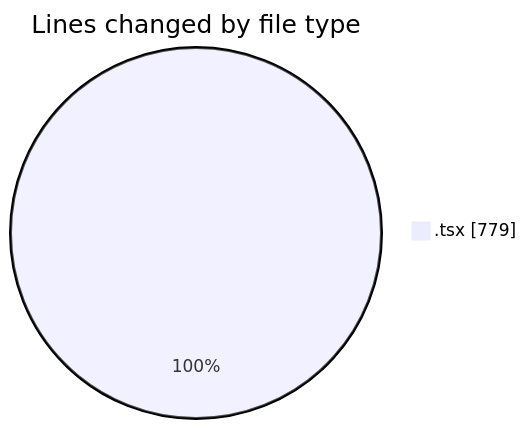
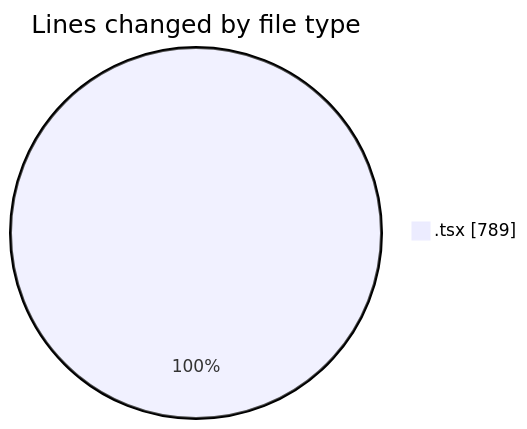
The first of 2 diagrams in 2025-09-15/cda/README.md (momahboobian/code-tracking), drawn with Mermaid before and after one commit. The commit also changed other lines of this file and 1 other file, not shown here.

````diff
--- a/2025-09-15/cda/README.md
+++ b/2025-09-15/cda/README.md
@@ -21,5 +21,5 @@
 ```mermaid
 pie showData
 title Lines changed by file type
-".tsx" : 779
+".tsx" : 789
 ```
````
